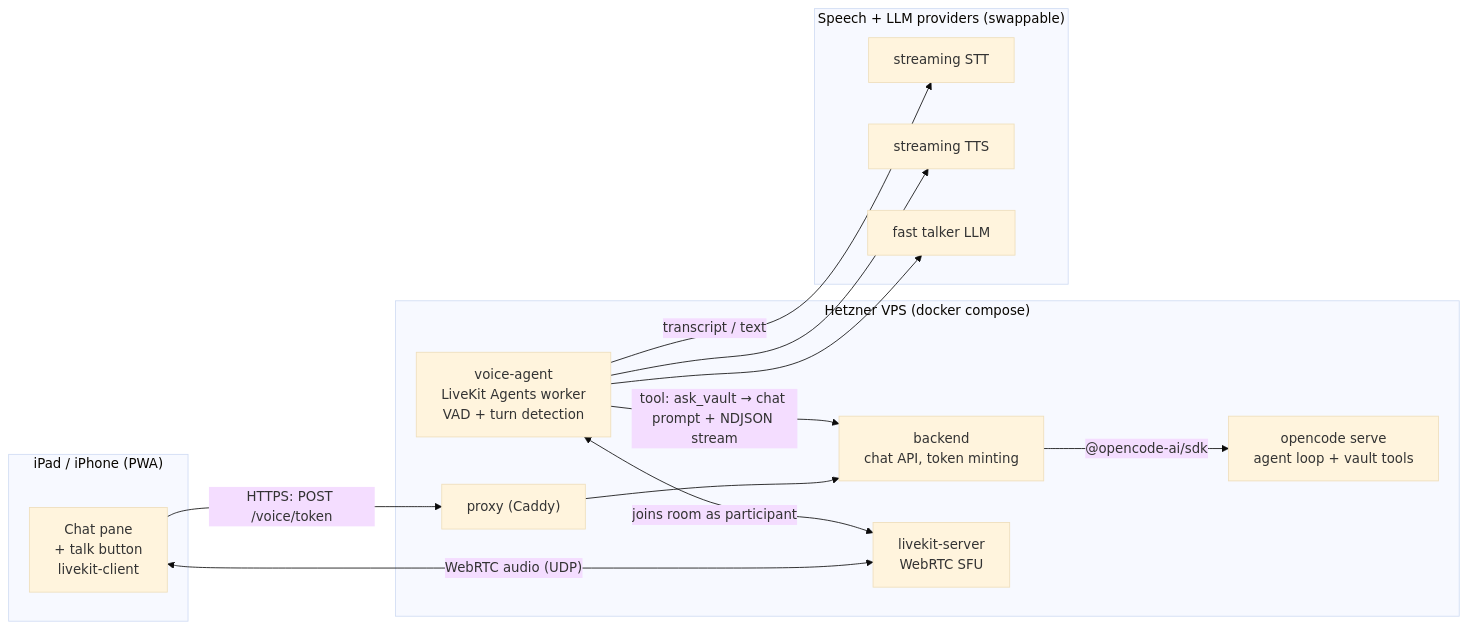
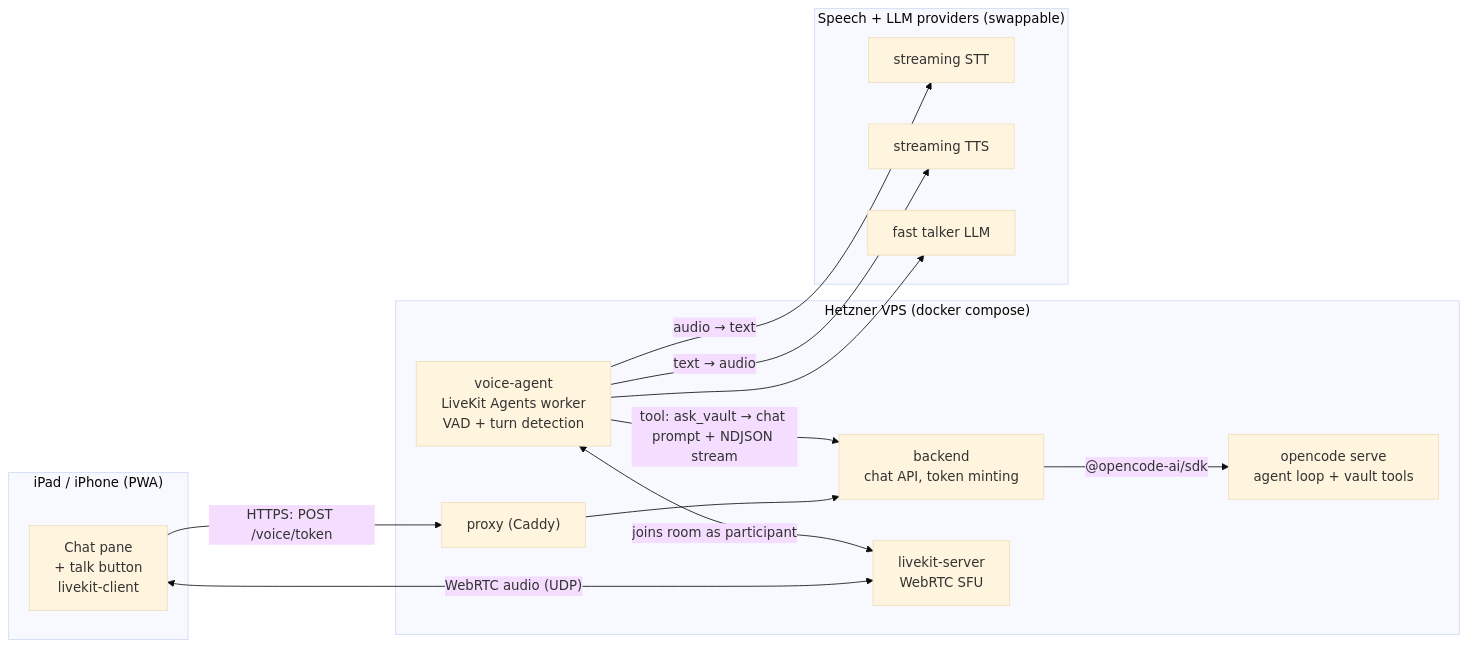
One commit to tillg/karpathy.app changed the diagram in specs/changes/voice_interaction/diagrams/voice-architecture.mmd. Above: the diagram before and after it, drawn with Mermaid (base theme). The commit also changed 6 other files, not shown here.

```diff
--- a/specs/changes/voice_interaction/diagrams/voice-architecture.mmd
+++ b/specs/changes/voice_interaction/diagrams/voice-architecture.mmd
@@ -1,24 +1,24 @@
 flowchart LR
   subgraph Device["iPad / iPhone (PWA)"]
     PWA["Chat pane<br/>+ talk button<br/>livekit-client"]
   end
   subgraph VPS["Hetzner VPS (docker compose)"]
     P["proxy (Caddy)"]
     B["backend<br/>chat API, token minting"]
     O["opencode serve<br/>agent loop + vault tools"]
     LK["livekit-server<br/>WebRTC SFU"]
     VA["voice-agent<br/>LiveKit Agents worker<br/>VAD + turn detection"]
   end
   subgraph Ext["Speech + LLM providers (swappable)"]
     STT["streaming STT"]
     TTS["streaming TTS"]
     LLM["fast talker LLM"]
   end
   PWA -- "HTTPS: POST /voice/token" --> P --> B
   PWA <-- "WebRTC audio (UDP)" --> LK
   VA <-- "joins room as participant" --> LK
-  VA -- "transcript / text" --> STT
-  VA --> TTS
+  VA -- "audio → text" --> STT
+  VA -- "text → audio" --> TTS
   VA --> LLM
   VA -- "tool: ask_vault → chat prompt + NDJSON stream" --> B
   B -- "@opencode-ai/sdk" --> O
```
